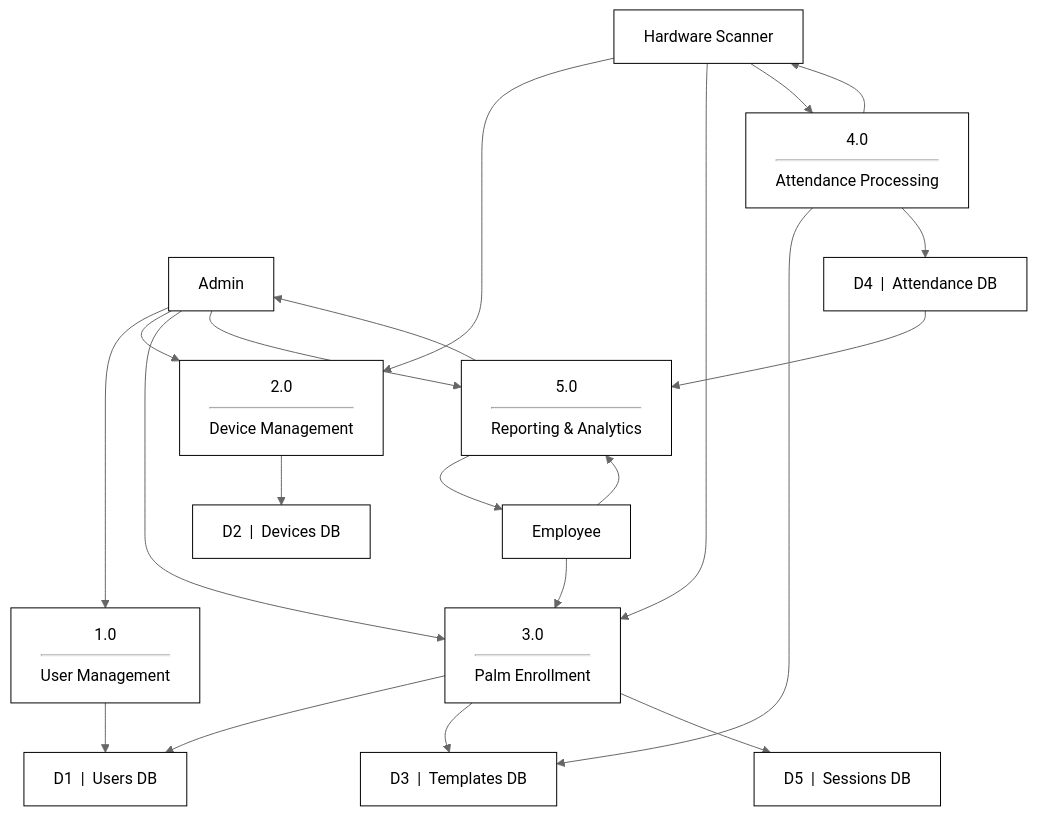
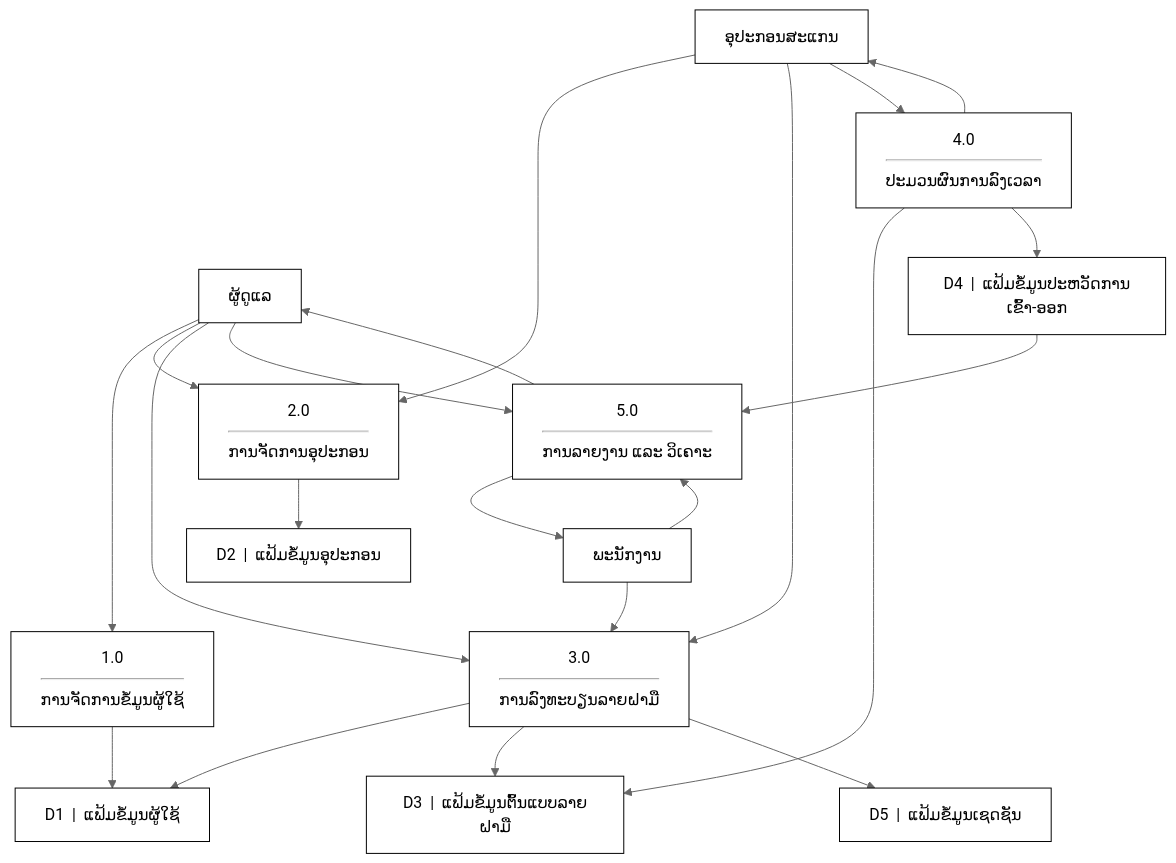
Before and after one commit to Touy2004/palm-back-end: the fifth of 14 diagrams in USER_MANUAL.md, drawn with Mermaid (neutral theme). The commit also changed other lines of this file, not shown here.

Commit message:
docs: update user manual with latest system specifications and deployment instructions

````diff
--- a/USER_MANUAL.md
+++ b/USER_MANUAL.md
@@ -302,52 +302,52 @@
 ```mermaid
 flowchart TD
     %% External Entities
-    Admin[Admin]:::entity
-    Employee[Employee]:::entity
-    Device[Hardware Scanner]:::entity
+    Admin["ຜູ້ດູແລ"]:::entity
+    Employee["ພະນັກງານ"]:::entity
+    Device["ອຸປະກອນສະແກນ"]:::entity
 
     %% Processes
-    P1["1.0<hr/>User Management"]:::process
-    P2["2.0<hr/>Device Management"]:::process
-    P3["3.0<hr/>Palm Enrollment"]:::process
-    P4["4.0<hr/>Attendance Processing"]:::process
-    P5["5.0<hr/>Reporting & Analytics"]:::process
+    P1["1.0<hr/>ການຈັດການຂໍ້ມູນຜູ້ໃຊ້"]:::process
+    P2["2.0<hr/>ການຈັດການອຸປະກອນ"]:::process
+    P3["3.0<hr/>ການລົງທະບຽນລາຍຝາມື"]:::process
+    P4["4.0<hr/>ປະມວນຜົນການລົງເວລາ"]:::process
+    P5["5.0<hr/>ການລາຍງານ ແລະ ວິເຄາະ"]:::process
 
     %% Data Stores
-    D1["D1 &nbsp;|&nbsp; Users DB"]:::datastore
-    D2["D2 &nbsp;|&nbsp; Devices DB"]:::datastore
-    D3["D3 &nbsp;|&nbsp; Templates DB"]:::datastore
-    D4["D4 &nbsp;|&nbsp; Attendance DB"]:::datastore
-    D5["D5 &nbsp;|&nbsp; Sessions DB"]:::datastore
+    D1["D1 &nbsp;|&nbsp; ແຟ້ມຂໍ້ມູນຜູ້ໃຊ້"]:::datastore
+    D2["D2 &nbsp;|&nbsp; ແຟ້ມຂໍ້ມູນອຸປະກອນ"]:::datastore
+    D3["D3 &nbsp;|&nbsp; ແຟ້ມຂໍ້ມູນຕົ້ນແບບລາຍຝາມື"]:::datastore
+    D4["D4 &nbsp;|&nbsp; ແຟ້ມຂໍ້ມູນປະຫວັດການເຂົ້າ-ອອກ"]:::datastore
+    D5["D5 &nbsp;|&nbsp; ແຟ້ມຂໍ້ມູນເຊດຊັນ"]:::datastore
 
     %% Flows
     Admin --> P1
     P1 --> D1
 
     Admin --> P2
     Device --> P2
     P2 --> D2
 
     Device --> P3
     Employee --> P3
     Admin --> P3
     P3 --> D1
     P3 --> D3
     P3 --> D5
 
     Device --> P4
     P4 --> D3
     P4 --> D4
     P4 --> Device
 
     Admin --> P5
     Employee --> P5
     D4 --> P5
     P5 --> Admin
     P5 --> Employee
 
     %% Styling
     classDef entity fill:#fff,stroke:#000,stroke-width:1px,shape:rect,color:#000
     classDef process fill:#fff,stroke:#000,stroke-width:1px,shape:rect,color:#000
     classDef datastore fill:#fff,stroke:#000,stroke-width:1px,shape:rect,color:#000
 ```
````
